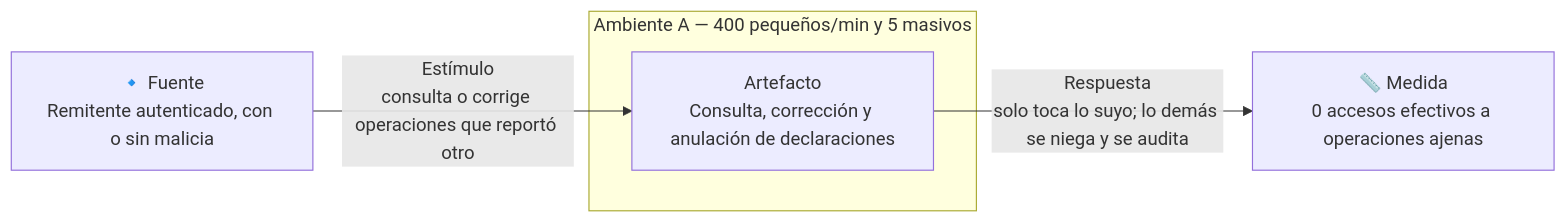
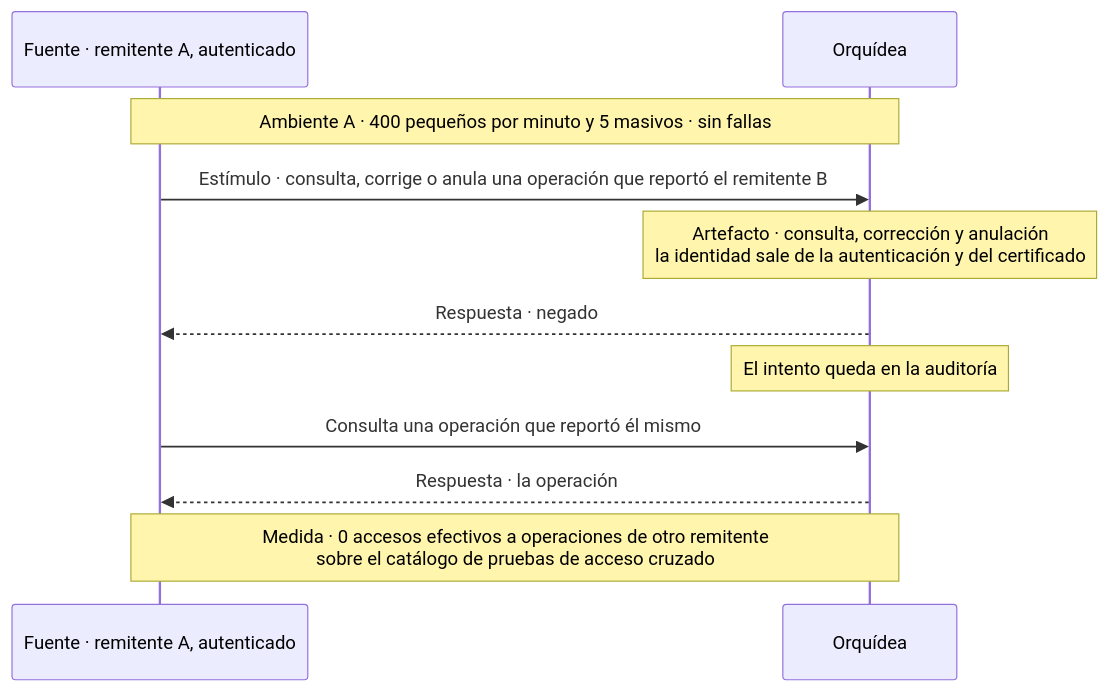
Before and after one commit to MATI-MBIT/arqsoft-reto-4: the tenth of 17 diagrams in docs/quality-attributes.md, drawn with Mermaid. The commit also changed other lines of this file, not shown here.

Commit message:
Cambia los diagramas de los ASR por diagramas de secuencia con t0, t1 y la medida

````diff
--- a/docs/quality-attributes.md
+++ b/docs/quality-attributes.md
@@ -368,9 +423,13 @@
 ```mermaid
-flowchart LR
-    F["🔹 Fuente<br/>Remitente autenticado, con o sin malicia"]
-    F -- "Estímulo<br/>consulta o corrige operaciones que reportó otro" --> A
-    subgraph AMB["Ambiente A — 400 pequeños/min y 5 masivos"]
-        A["Artefacto<br/>Consulta, corrección y anulación de declaraciones"]
-    end
-    A -- "Respuesta<br/>solo toca lo suyo; lo demás se niega y se audita" --> M["📏 Medida<br/>0 accesos efectivos a operaciones ajenas"]
+sequenceDiagram
+    participant A as Fuente · remitente A, autenticado
+    participant O as Orquídea
+    Note over A,O: Ambiente A · 400 pequeños por minuto y 5 masivos · sin fallas
+    A->>O: Estímulo · consulta, corrige o anula una operación que reportó el remitente B
+    Note over O: Artefacto · consulta, corrección y anulación<br/>la identidad sale de la autenticación y del certificado
+    O-->>A: Respuesta · negado
+    Note over O: El intento queda en la auditoría
+    A->>O: Consulta una operación que reportó él mismo
+    O-->>A: Respuesta · la operación
+    Note over A,O: Medida · 0 accesos efectivos a operaciones de otro remitente<br/>sobre el catálogo de pruebas de acceso cruzado
 ```
````
